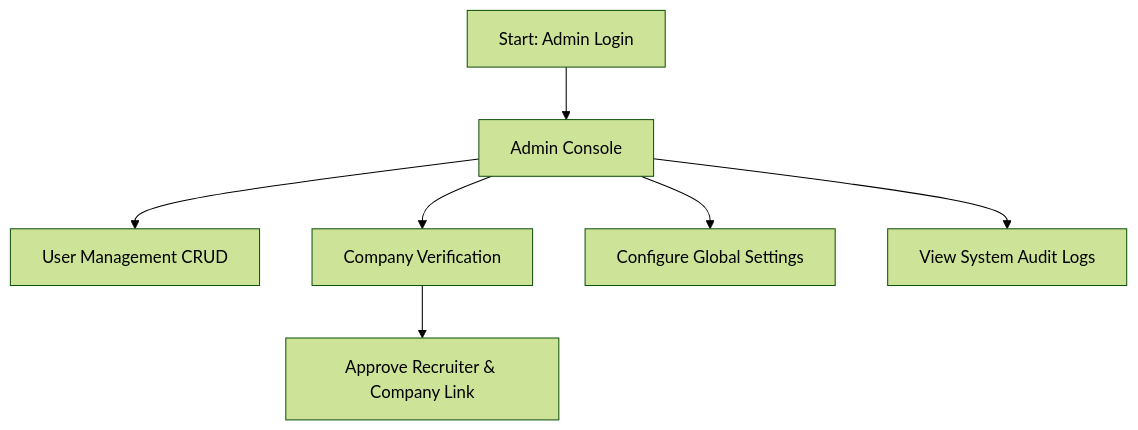
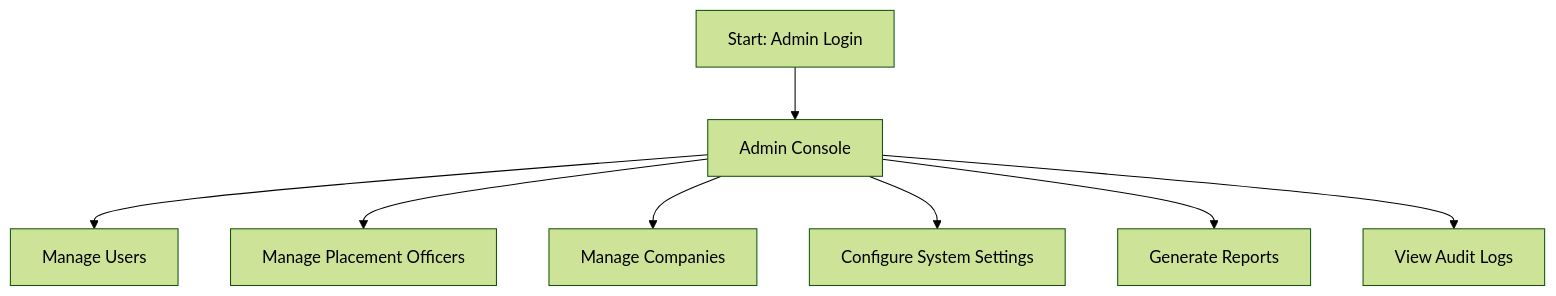
The third of 7 diagrams in architecture_and_design.md (akshaiselvaraj/Placement-Portal), drawn with Mermaid (forest theme) before and after one commit. The commit also changed other lines of this file and 8 other files, not shown here.

````diff
--- a/architecture_and_design.md
+++ b/architecture_and_design.md
@@ -73,9 +81,10 @@
 ```mermaid
 graph TD
     A[Start: Admin Login] --> B[Admin Console]
-    B --> C[User Management CRUD]
-    B --> D[Company Verification]
-    D --> E[Approve Recruiter & Company Link]
-    B --> F[Configure Global Settings]
-    B --> G[View System Audit Logs]
+    B --> C[Manage Users]
+    B --> D[Manage Placement Officers]
+    B --> E[Manage Companies]
+    B --> F[Configure System Settings]
+    B --> G[Generate Reports]
+    B --> H[View Audit Logs]
 ```
````
